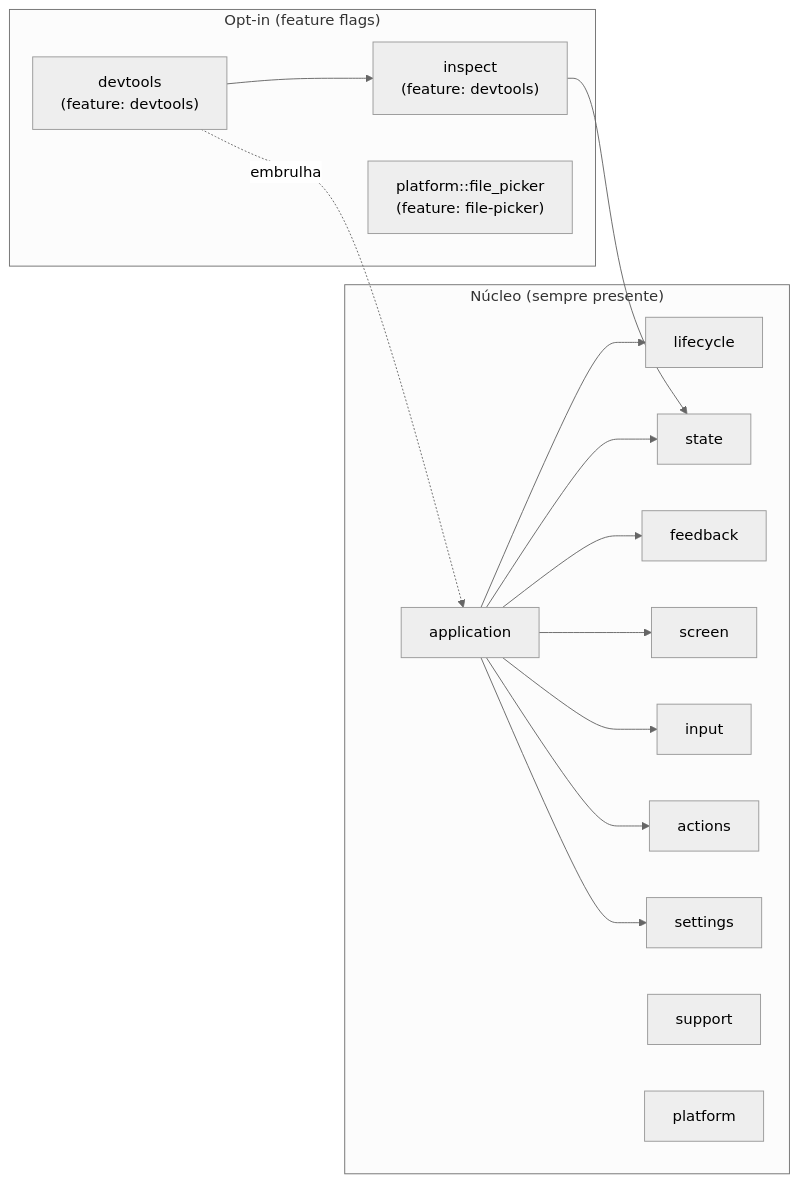
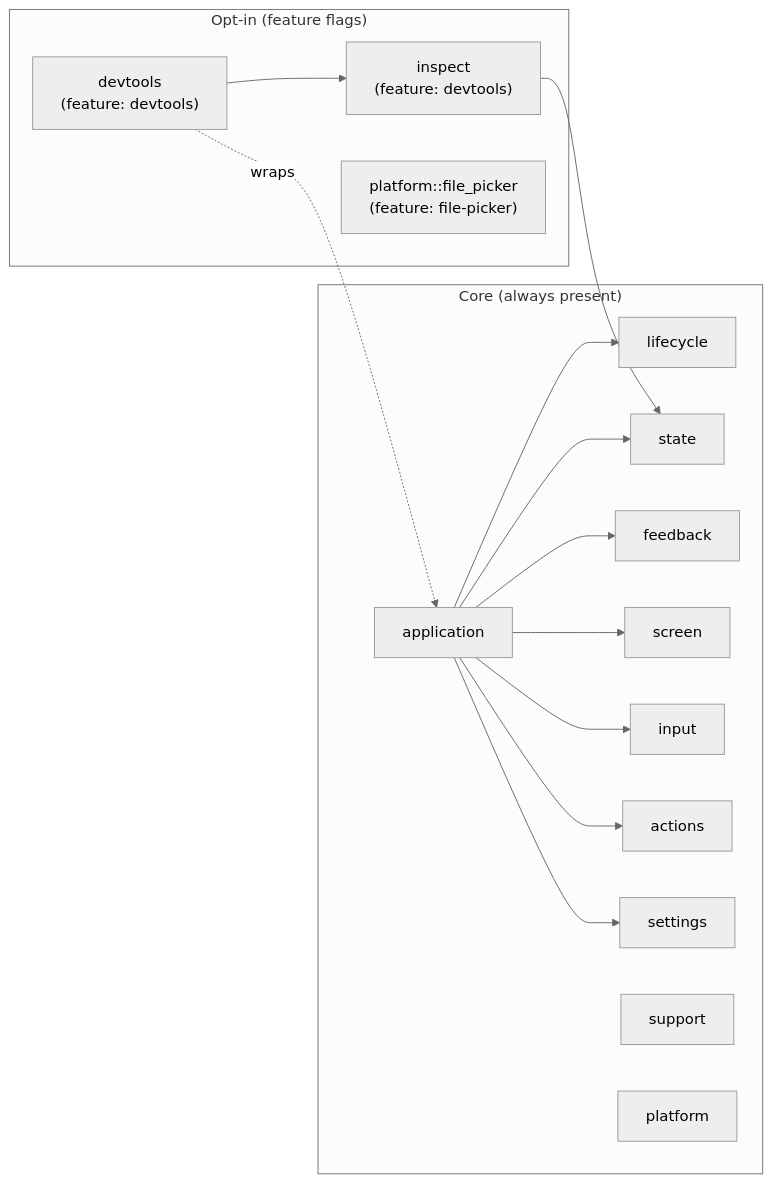
The second of 2 diagrams in docs/architecture/runtime-components.md (JirlanSouza/nive), drawn with Mermaid (neutral theme) before and after one commit. The commit also changed other lines of this file and 15 other files, not shown here.

````diff
--- a/docs/architecture/runtime-components.md
+++ b/docs/architecture/runtime-components.md
@@ -57,24 +57,24 @@
 ```mermaid
 flowchart LR
-    subgraph core["Núcleo (sempre presente)"]
+    subgraph core["Core (always present)"]
         application
         lifecycle
         state
         feedback
         screen
         input
         actions
         settings
         support
         platform
     end
     subgraph opt["Opt-in (feature flags)"]
         devtools["devtools<br/>(feature: devtools)"]
         inspect["inspect<br/>(feature: devtools)"]
         filepicker["platform::file_picker<br/>(feature: file-picker)"]
     end
 
     application --> lifecycle & state & feedback & screen & input & actions & settings
     devtools --> inspect --> state
-    devtools -.embrulha.-> application
+    devtools -.wraps.-> application
 ```
````
